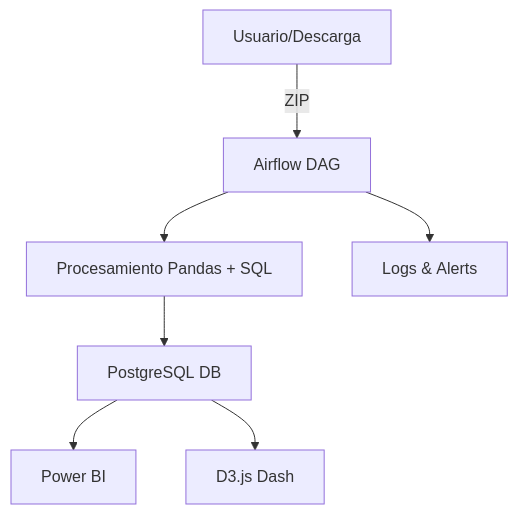
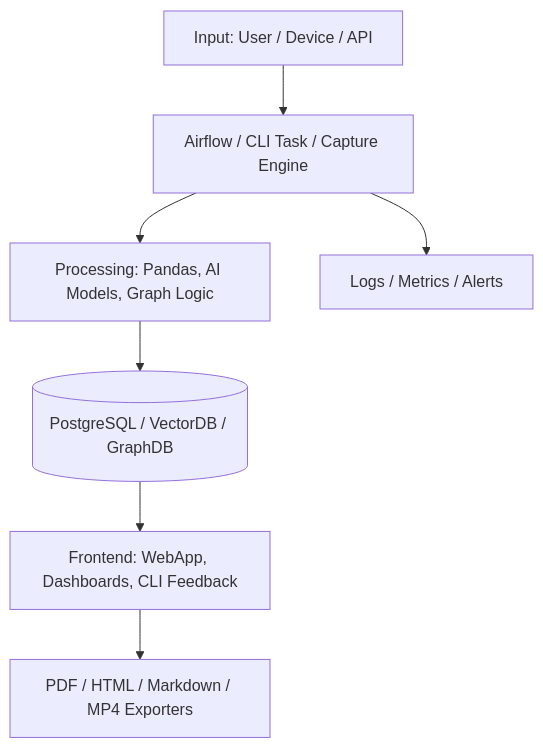
One commit to AlvaroArteaga/AlvaroArteaga changed the diagram in README.md. Above: the diagram before and after it, drawn with Mermaid. The commit also changed other lines of this file, not shown here.

````diff
--- a/README.md
+++ b/README.md
@@ -67,9 +73,9 @@
 ```mermaid
 flowchart TD
-    A[Usuario/Descarga] -->|ZIP| B[Airflow DAG]
-    B --> C[Procesamiento Pandas + SQL]
-    C --> D[PostgreSQL DB]
-    D --> E[Power BI]
-    D --> F[D3.js Dash]
-    B --> G[Logs & Alerts]
+    IN[Input: User / Device / API] --> DAG[Airflow / CLI Task / Capture Engine]
+    DAG --> PROC[Processing: Pandas, AI Models, Graph Logic]
+    PROC --> DB[(PostgreSQL / VectorDB / GraphDB)]
+    DB --> UI[Frontend: WebApp, Dashboards, CLI Feedback]
+    UI --> EXPORT[PDF / HTML / Markdown / MP4 Exporters]
+    DAG --> LOG[Logs / Metrics / Alerts]
 ```
````
